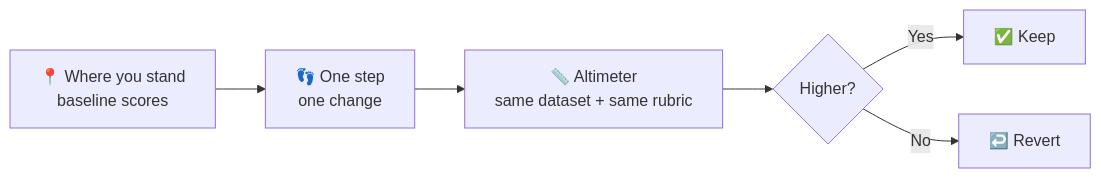
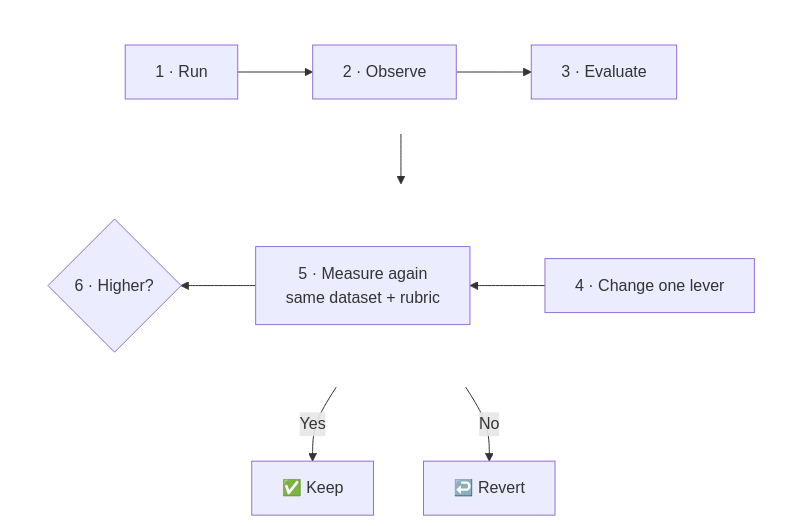
Before and after one commit to nitya/model-mastery: the second of 2 diagrams in foundry/agent-optimization/instructions/self-guided/lab-0-setup/02-orientation.md, drawn with Mermaid. The commit also changed other lines of this file and 3 other files, not shown here.

````diff
--- a/foundry/agent-optimization/instructions/self-guided/lab-0-setup/02-orientation.md
+++ b/foundry/agent-optimization/instructions/self-guided/lab-0-setup/02-orientation.md
@@ -87,8 +91,18 @@
 ```mermaid
-flowchart LR
-    A["📍 Where you stand<br/>baseline scores"] --> B["👣 One step<br/>one change"]
-    B --> C["📏 Altimeter<br/>same dataset + same rubric"]
-    C --> D{"Higher?"}
+flowchart TB
+    subgraph TOP[" "]
+        direction LR
+        A["1 · Run"] --> B["2 · Observe"]
+        B --> C["3 · Evaluate"]
+    end
+    subgraph BOTTOM[" "]
+        direction RL
+        S["4 · Change one lever"] --> M["5 · Measure again<br/>same dataset + rubric"]
+        M --> D{"6 · Higher?"}
+    end
+    C --> S
     D -- Yes --> E["✅ Keep"]
     D -- No --> F["↩️ Revert"]
+    style TOP fill:none,stroke:none
+    style BOTTOM fill:none,stroke:none
 ```
````
